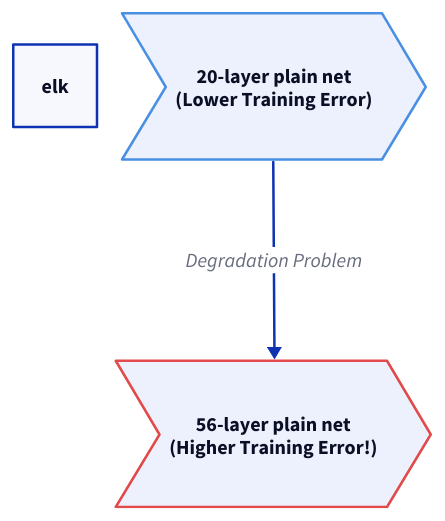
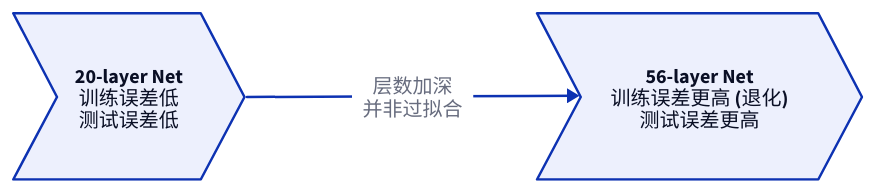
The diagram in images/resnet-notes/070-resnet-degradation.d2 (111qqz/111qqz.github.io), drawn with D2 before and after one commit. The commit also changed 4262 other files, not shown here.

Commit message:
fix: 修复 D2 配图显示尺寸过大问题并优化文章图表布局 111qqz/hugo-blog@676d4325cba7819ac391c37e539dd3b8ec0dd11f

```diff
--- a/images/resnet-notes/070-resnet-degradation.d2
+++ b/images/resnet-notes/070-resnet-degradation.d2
@@ -1,16 +1,13 @@
-layout-engine: elk
-direction: down
+direction: right
 
 20-layer: {
   shape: step
-  label: "20-layer plain net\n(Lower Training Error)"
-  style: { stroke: "#4a90e2"; bold: true }
+  label: "20-layer Net\n训练误差低\n测试误差低"
 }
 
 56-layer: {
   shape: step
-  label: "56-layer plain net\n(Higher Training Error!)"
-  style: { stroke: "#e24a4a"; bold: true }
+  label: "56-layer Net\n训练误差更高 (退化)\n测试误差更高"
 }
 
-20-layer -> 56-layer: Degradation Problem
+20-layer -> 56-layer: "层数加深\n并非过拟合"
```
